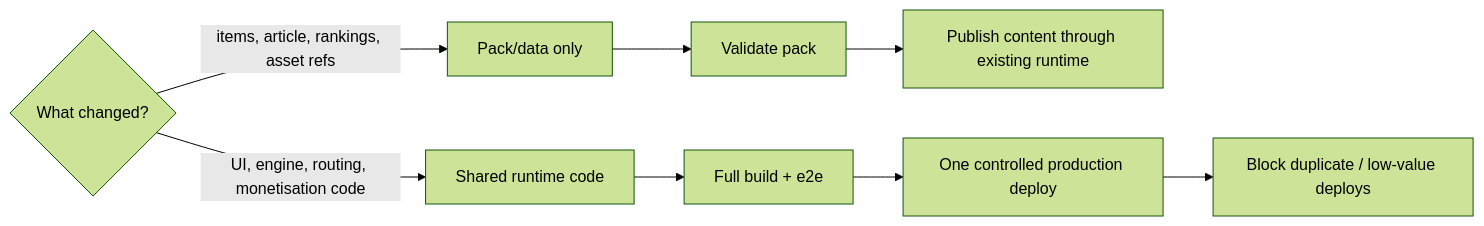
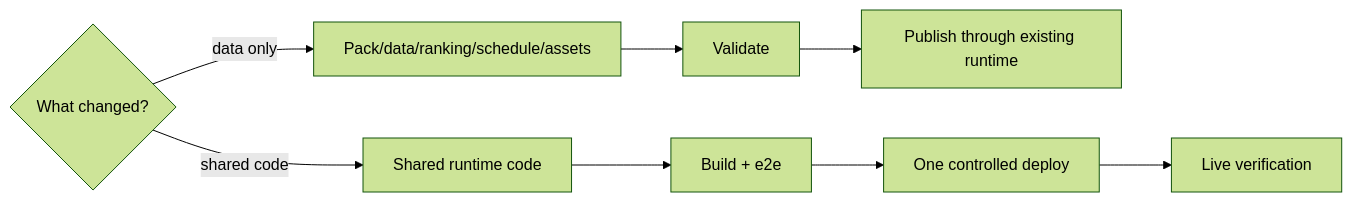
Before and after one commit to flexappdev/scroller: the eighth of 10 diagrams in docs/SCROLLAI-ULTIMATE-DIAGRAM.md, drawn with Mermaid (forest theme). The commit also changed other lines of this file, not shown here.

Commit message:
docs: refresh ScrollAI ultimate architecture for MS Scroll and ABC

````diff
--- a/docs/SCROLLAI-ULTIMATE-DIAGRAM.md
+++ b/docs/SCROLLAI-ULTIMATE-DIAGRAM.md
@@ -167,15 +283,14 @@
 ```mermaid
 flowchart LR
   CHANGE{"What changed?"}
-  DATA["Pack/data only"]
+  DATA["Pack/data/ranking/schedule/assets"]
   CODE["Shared runtime code"]
-  VALIDATE["Validate pack"]
-  TEST["Full build + e2e"]
-  CONTENT["Publish content through existing runtime"]
-  ONEDEPLOY["One controlled production deploy"]
-  BLOCK["Block duplicate / low-value deploys"]
+  VALIDATE["Validate"]
+  CONTENT["Publish through existing runtime"]
+  TEST["Build + e2e"]
+  ONEDEPLOY["One controlled deploy"]
+  VERIFY["Live verification"]
 
-  CHANGE -->|items, article, rankings, asset refs| DATA --> VALIDATE --> CONTENT
-  CHANGE -->|UI, engine, routing, monetisation code| CODE --> TEST --> ONEDEPLOY
-  ONEDEPLOY --> BLOCK
+  CHANGE -->|data only| DATA --> VALIDATE --> CONTENT
+  CHANGE -->|shared code| CODE --> TEST --> ONEDEPLOY --> VERIFY
 ```
````
